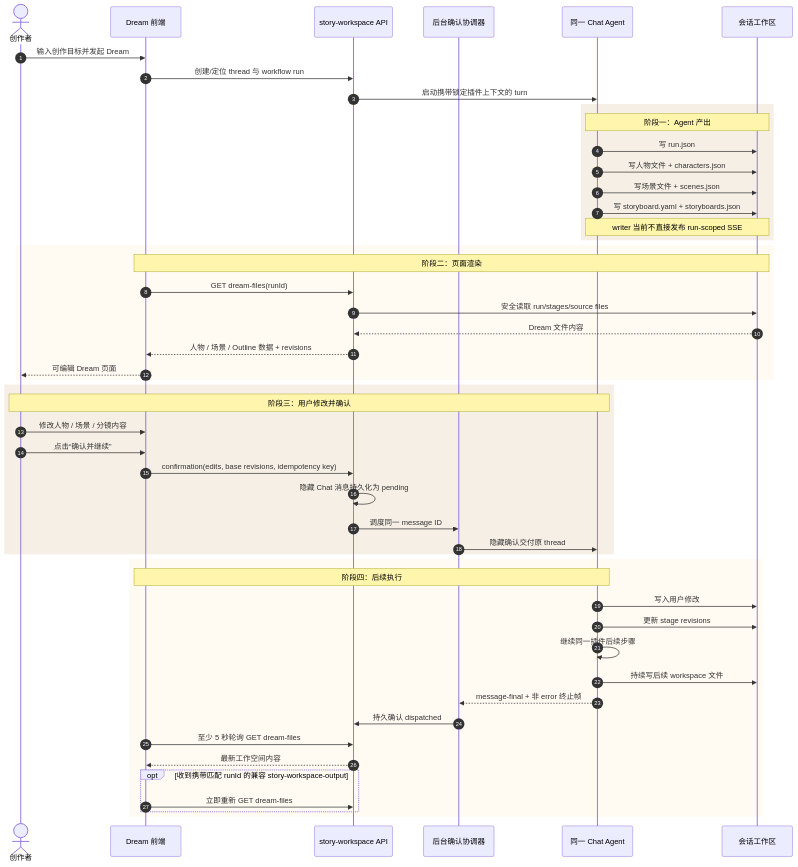
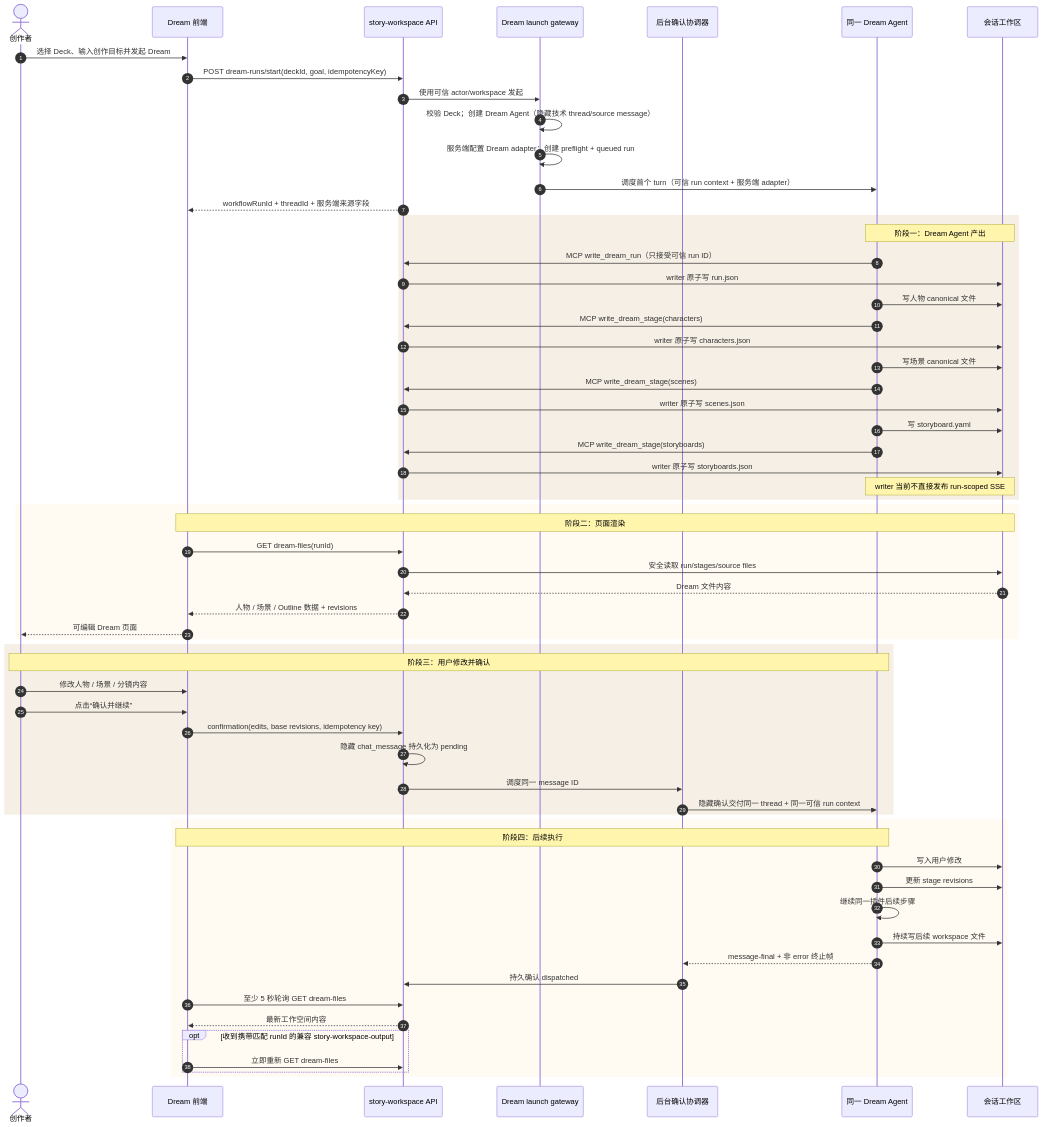
Before and after one commit to glide-the/im-dream: the second of 4 diagrams in docs/design/story-workspace/design_007_dream-business-module-interaction.md, drawn with Mermaid. The commit also changed other lines of this file and 5 other files, not shown here.

Commit message:
docs(story-workspace): record Dream launch writer integration

````diff
--- a/docs/design/story-workspace/design_007_dream-business-module-interaction.md
+++ b/docs/design/story-workspace/design_007_dream-business-module-interaction.md
@@ -143,57 +148,69 @@
 ```mermaid
 sequenceDiagram
     autonumber
     actor Creator as 创作者
     participant Dream as Dream 前端
     participant API as story-workspace API
+    participant GW as Dream launch gateway
     participant RC as 后台确认协调器
-    participant Agent as 同一 Chat Agent
+    participant Agent as 同一 Dream Agent
     participant FS as 会话工作区
 
-    Creator->>Dream: 输入创作目标并发起 Dream
-    Dream->>API: 创建/定位 thread 与 workflow run
-    API->>Agent: 启动携带锁定插件上下文的 turn
+    Creator->>Dream: 选择 Deck、输入创作目标并发起 Dream
+    Dream->>API: POST dream-runs/start(deckId, goal, idempotencyKey)
+    API->>GW: 使用可信 actor/workspace 发起
+    GW->>GW: 校验 Deck；创建 Dream Agent（隐藏技术 thread/source message）
+    GW->>GW: 服务端配置 Dream adapter；创建 preflight + queued run
+    GW->>Agent: 调度首个 turn（可信 run context + 服务端 adapter）
+    API-->>Dream: workflowRunId + threadId + 服务端来源字段
 
     rect rgb(246,239,229)
-        Note over Agent,FS: 阶段一：Agent 产出
-        Agent->>FS: 写 run.json
-        Agent->>FS: 写人物文件 + characters.json
-        Agent->>FS: 写场景文件 + scenes.json
-        Agent->>FS: 写 storyboard.yaml + storyboards.json
+        Note over Agent,FS: 阶段一：Dream Agent 产出
+        Agent->>API: MCP write_dream_run（只接受可信 run ID）
+        API->>FS: writer 原子写 run.json
+        Agent->>FS: 写人物 canonical 文件
+        Agent->>API: MCP write_dream_stage(characters)
+        API->>FS: writer 原子写 characters.json
+        Agent->>FS: 写场景 canonical 文件
+        Agent->>API: MCP write_dream_stage(scenes)
+        API->>FS: writer 原子写 scenes.json
+        Agent->>FS: 写 storyboard.yaml
+        Agent->>API: MCP write_dream_stage(storyboards)
+        API->>FS: writer 原子写 storyboards.json
         Note over Agent,FS: writer 当前不直接发布 run-scoped SSE
     end
 
     rect rgb(255,250,242)
         Note over Dream,FS: 阶段二：页面渲染
         Dream->>API: GET dream-files(runId)
         API->>FS: 安全读取 run/stages/source files
         FS-->>API: Dream 文件内容
         API-->>Dream: 人物 / 场景 / Outline 数据 + revisions
         Dream-->>Creator: 可编辑 Dream 页面
     end
 
     rect rgb(246,239,229)
         Note over Creator,Agent: 阶段三：用户修改并确认
         Creator->>Dream: 修改人物 / 场景 / 分镜内容
         Creator->>Dream: 点击“确认并继续”
         Dream->>API: confirmation(edits, base revisions, idempotency key)
-        API->>API: 隐藏 Chat 消息持久化为 pending
+        API->>API: 隐藏 chat_message 持久化为 pending
         API->>RC: 调度同一 message ID
-        RC->>Agent: 隐藏确认交付原 thread
+        RC->>Agent: 隐藏确认交付同一 thread + 同一可信 run context
     end
 
     rect rgb(255,250,242)
         Note over Agent,Dream: 阶段四：后续执行
         Agent->>FS: 写入用户修改
         Agent->>FS: 更新 stage revisions
         Agent->>Agent: 继续同一插件后续步骤
         Agent->>FS: 持续写后续 workspace 文件
         Agent-->>RC: message-final + 非 error 终止帧
         RC->>API: 持久确认 dispatched
         Dream->>API: 至少 5 秒轮询 GET dream-files
         API-->>Dream: 最新工作空间内容
         opt 收到携带匹配 runId 的兼容 story-workspace-output
             Dream->>API: 立即重新 GET dream-files
         end
     end
 ```
````
